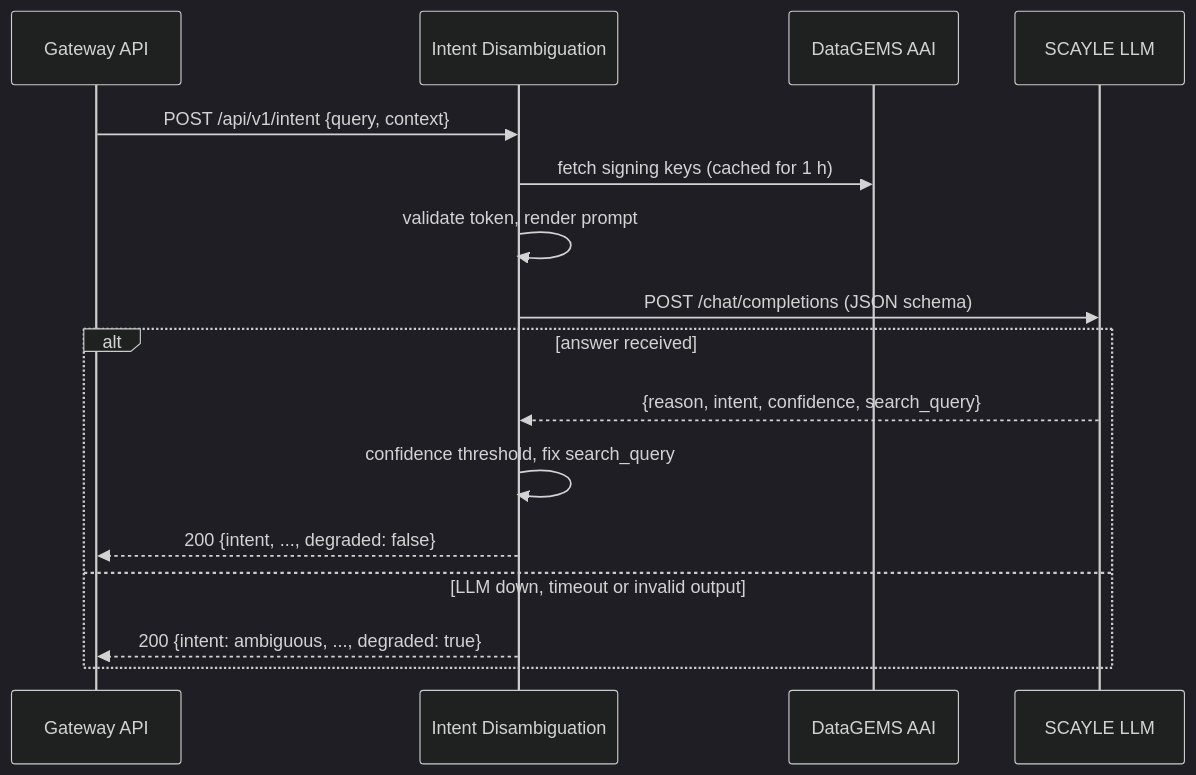
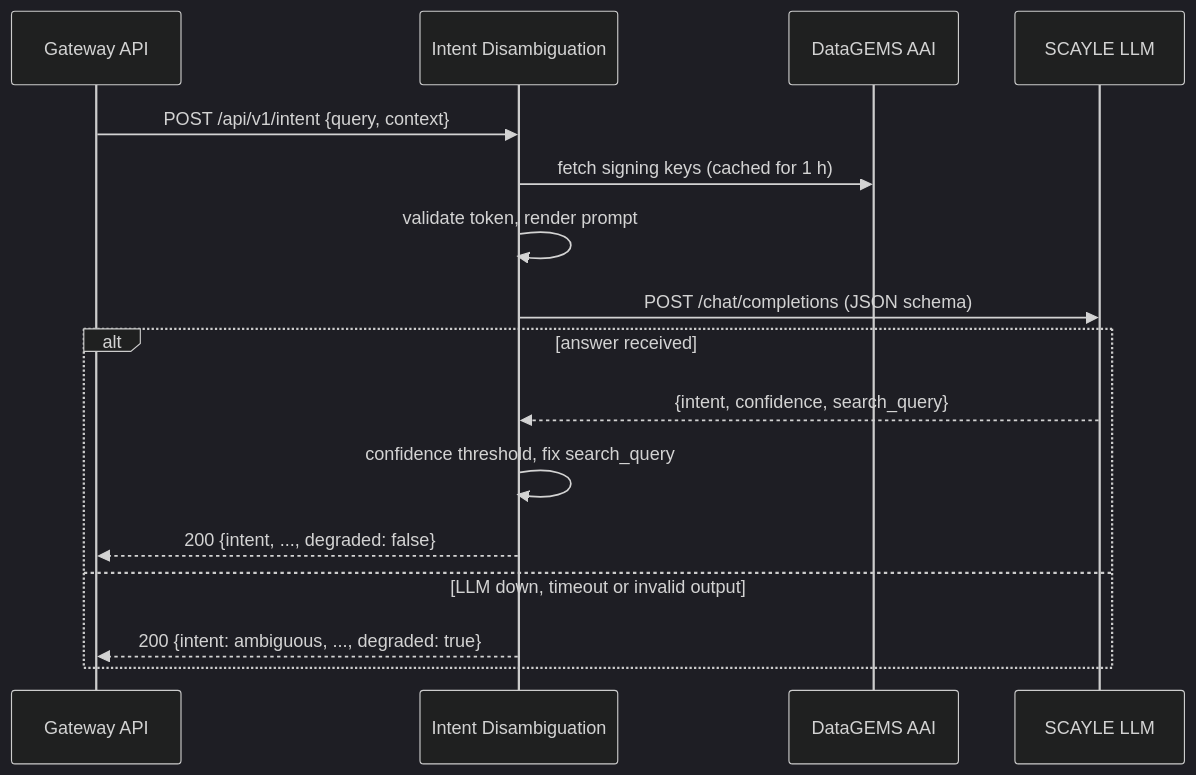
Before and after one commit to datagems-eosc/dg-intent-disambiguation: the second of 2 diagrams in docs/docs/architecture.md, drawn with Mermaid (dark theme). The commit also changed other lines of this file and 26 other files, not shown here.

````diff
--- a/docs/docs/architecture.md
+++ b/docs/docs/architecture.md
@@ -76,18 +76,18 @@
 ```mermaid
 sequenceDiagram
     participant GW as Gateway API
     participant ID as Intent Disambiguation
     participant AAI as DataGEMS AAI
     participant LLM as SCAYLE LLM
     GW->>ID: POST /api/v1/intent {query, context}
     ID->>AAI: fetch signing keys (cached for 1 h)
     ID->>ID: validate token, render prompt
     ID->>LLM: POST /chat/completions (JSON schema)
     alt answer received
-        LLM-->>ID: {reason, intent, confidence, search_query}
+        LLM-->>ID: {intent, confidence, search_query}
         ID->>ID: confidence threshold, fix search_query
         ID-->>GW: 200 {intent, ..., degraded: false}
     else LLM down, timeout or invalid output
         ID-->>GW: 200 {intent: ambiguous, ..., degraded: true}
     end
 ```
````
